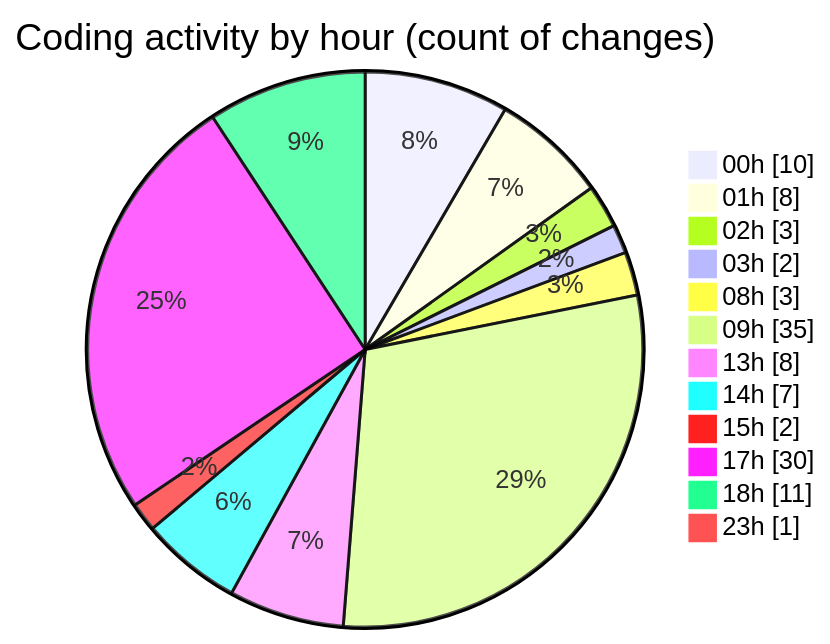
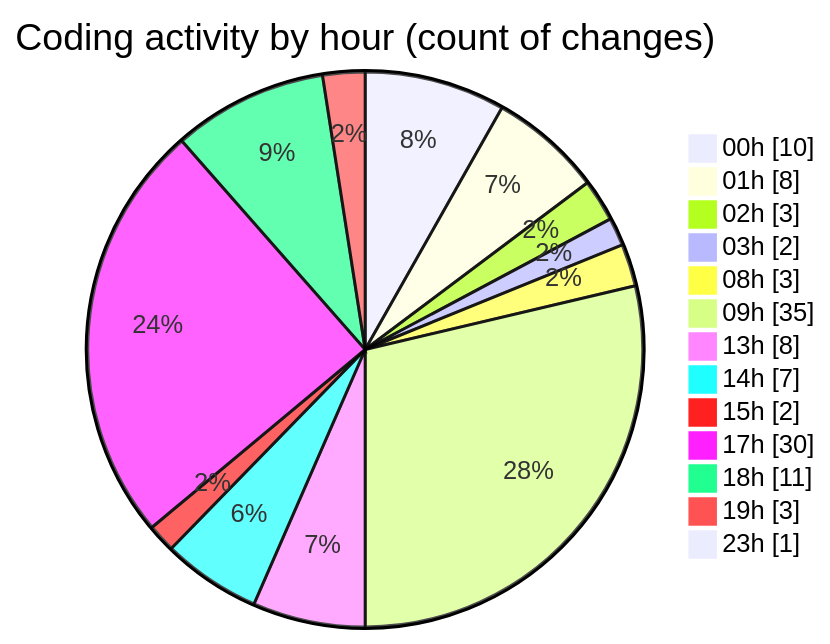
One commit to tmsrecording-cyber/code-tracking changed the second of 2 diagrams in 2026-02-09/singularitybrainai/README.md. Above: the diagram before and after it, drawn with Mermaid. The commit also changed other lines of this file and 1 other file, not shown here.

````diff
--- a/2026-02-09/singularitybrainai/README.md
+++ b/2026-02-09/singularitybrainai/README.md
@@ -44,16 +44,17 @@
 ```mermaid
 pie showData
 title Coding activity by hour (count of changes)
 "00h" : 10
 "01h" : 8
 "02h" : 3
 "03h" : 2
 "08h" : 3
 "09h" : 35
 "13h" : 8
 "14h" : 7
 "15h" : 2
 "17h" : 30
 "18h" : 11
+"19h" : 3
 "23h" : 1
 ```
````
